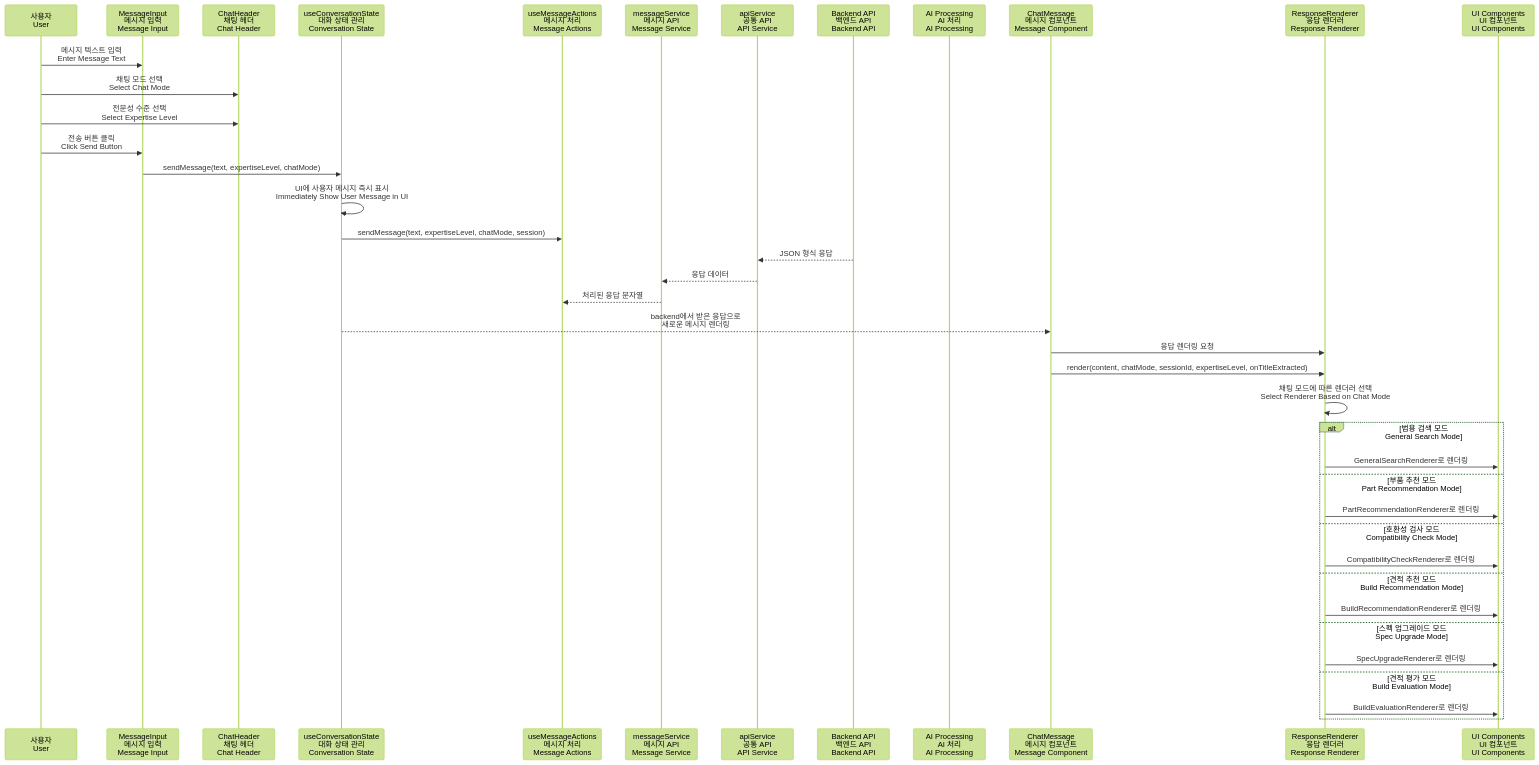
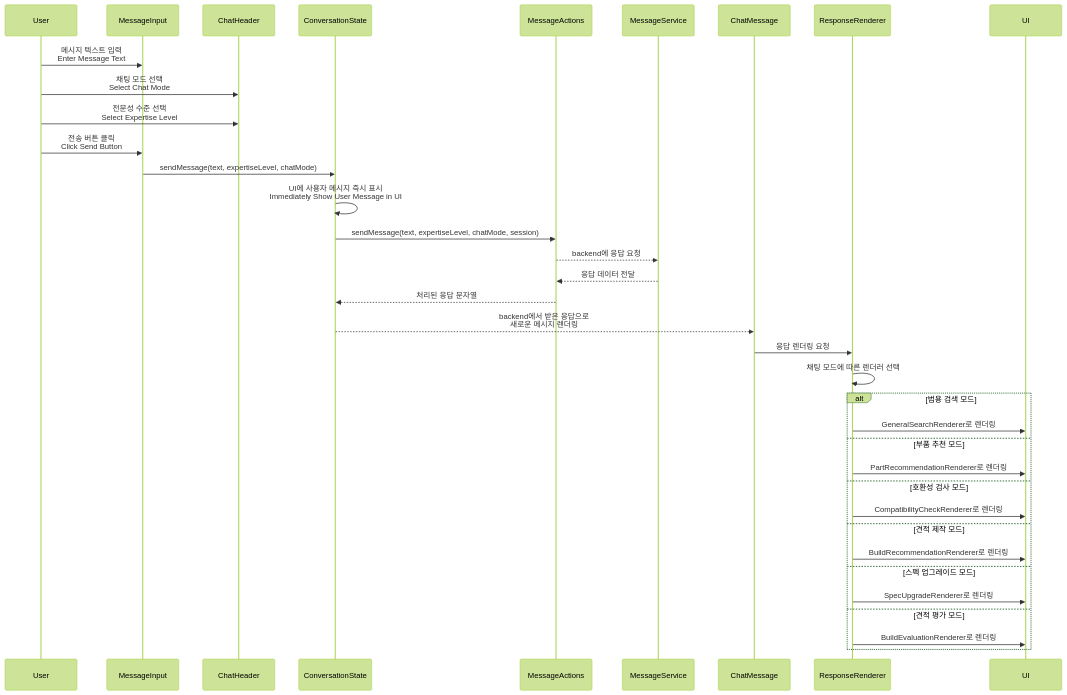
One commit to p0pular131/askspec-chat-assistant changed the ninth of 20 diagrams in docs/design-specification.md. Above: the diagram before and after it, drawn with Mermaid (forest theme).

Commit message:
ㅁㄴㅇㄻㄴㅇㄹ

````diff
--- a/docs/design-specification.md
+++ b/docs/design-specification.md
@@ -502,48 +502,34 @@
 ```mermaid
 sequenceDiagram
-    participant User as 사용자<br/>User
-    participant MessageInput as MessageInput<br/>메시지 입력<br/>Message Input
-    participant ChatHeader as ChatHeader<br/>채팅 헤더<br/>Chat Header
-    participant ConversationState as useConversationState<br/>대화 상태 관리<br/>Conversation State
-    participant MessageActions as useMessageActions<br/>메시지 처리<br/>Message Actions
-    participant MessageService as messageService<br/>메시지 API<br/>Message Service
-    participant APIService as apiService<br/>공통 API<br/>API Service
-    participant Backend as Backend API<br/>백엔드 API<br/>Backend API
-    participant AIService as AI Processing<br/>AI 처리<br/>AI Processing
-    participant ChatMessage as ChatMessage<br/>메시지 컴포넌트<br/>Message Component
-    participant ResponseRenderer as ResponseRenderer<br/>응답 렌더러<br/>Response Renderer
-    participant UI as UI Components<br/>UI 컴포넌트<br/>UI Components
-
     User->>MessageInput: 메시지 텍스트 입력<br/>Enter Message Text
     User->>ChatHeader: 채팅 모드 선택<br/>Select Chat Mode
     User->>ChatHeader: 전문성 수준 선택<br/>Select Expertise Level
     User->>MessageInput: 전송 버튼 클릭<br/>Click Send Button
     
     MessageInput->>ConversationState: sendMessage(text, expertiseLevel, chatMode)
     ConversationState->>ConversationState: UI에 사용자 메시지 즉시 표시<br/>Immediately Show User Message in UI
     ConversationState->>MessageActions: sendMessage(text, expertiseLevel, chatMode, session)
     
-    Backend-->>APIService: JSON 형식 응답
-    APIService-->>MessageService: 응답 데이터
-    MessageService-->>MessageActions: 처리된 응답 문자열
+    MessageActions-->>MessageService: backend에 응답 요청
+    MessageService-->>MessageActions: 응답 데이터 전달
+    MessageActions-->>ConversationState: 처리된 응답 문자열
     
     ConversationState-->>ChatMessage: backend에서 받은 응답으로 <br/> 새로운 메시지 렌더링
     ChatMessage->>ResponseRenderer: 응답 렌더링 요청
-    ChatMessage->>ResponseRenderer: render(content, chatMode, sessionId, expertiseLevel, onTitleExtracted)
     
-    ResponseRenderer->>ResponseRenderer: 채팅 모드에 따른 렌더러 선택<br/>Select Renderer Based on Chat Mode
+    ResponseRenderer->>ResponseRenderer: 채팅 모드에 따른 렌더러 선택
     
-    alt 범용 검색 모드<br/>General Search Mode
+    alt 범용 검색 모드
         ResponseRenderer->>UI: GeneralSearchRenderer로 렌더링
-    else 부품 추천 모드<br/>Part Recommendation Mode
+    else 부품 추천 모드
         ResponseRenderer->>UI: PartRecommendationRenderer로 렌더링
-    else 호환성 검사 모드<br/>Compatibility Check Mode
+    else 호환성 검사 모드
         ResponseRenderer->>UI: CompatibilityCheckRenderer로 렌더링
-    else 견적 추천 모드<br/>Build Recommendation Mode
+    else 견적 제작 모드
         ResponseRenderer->>UI: BuildRecommendationRenderer로 렌더링
-    else 스펙 업그레이드 모드<br/>Spec Upgrade Mode
+    else 스펙 업그레이드 모드
         ResponseRenderer->>UI: SpecUpgradeRenderer로 렌더링
-    else 견적 평가 모드<br/>Build Evaluation Mode
+    else 견적 평가 모드
         ResponseRenderer->>UI: BuildEvaluationRenderer로 렌더링
     end
 ```
````
